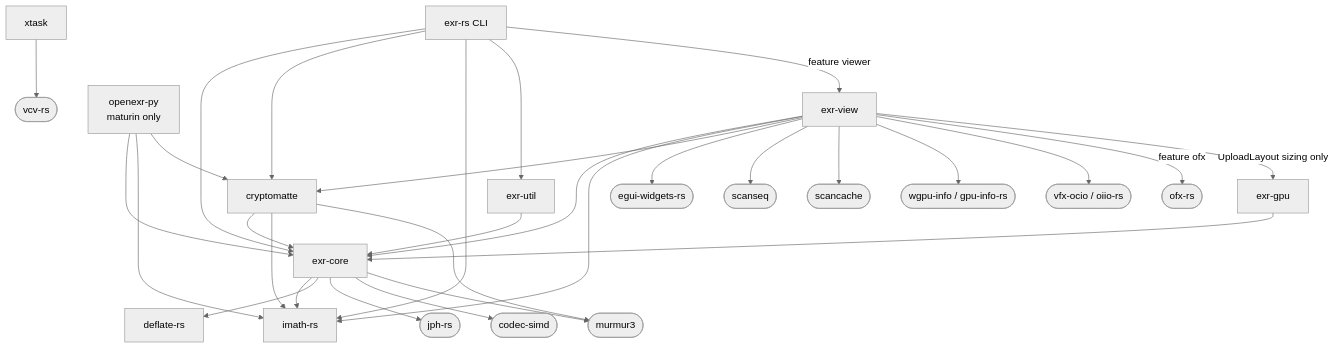
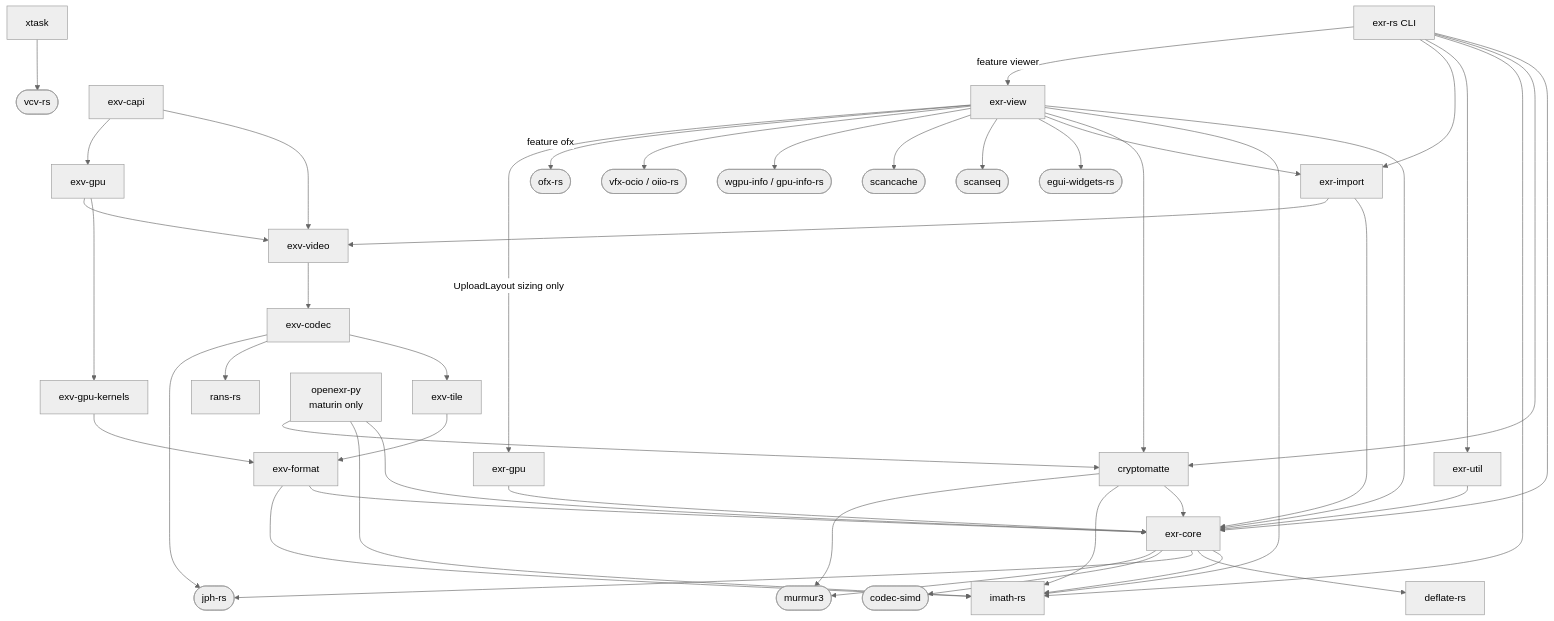
Before and after one commit to ssoj13/exr-rs: the first of 9 diagrams in docs/DIAGRAMS.md, drawn with Mermaid (neutral theme). The commit also changed 8 other files, not shown here.

Commit message:
docs: document EXV video format, hardware BC6H codec, After Effects plug-in & CLI in README and mdBook

````diff
--- a/docs/DIAGRAMS.md
+++ b/docs/DIAGRAMS.md
@@ -10,32 +10,48 @@
 ```mermaid
 flowchart TD
     CLI[exr-rs CLI] --> core[exr-core]
     CLI --> crypto[cryptomatte]
     CLI --> imath[imath-rs]
     CLI --> util[exr-util]
+    CLI --> imp[exr-import]
     CLI -->|feature viewer| view[exr-view]
     util --> core
+    imp --> core
+    imp --> exv_vid[exv-video]
+    exv_vid --> exv_cod[exv-codec]
+    exv_cod --> exv_tile[exv-tile]
+    exv_cod --> rans[rans-rs]
+    exv_cod --> jph([jph-rs])
+    exv_tile --> exv_fmt[exv-format]
+    exv_fmt --> core
+    exv_fmt --> imath
+    exv_gpu[exv-gpu] --> exv_kern[exv-gpu-kernels]
+    exv_gpu --> exv_vid
+    exv_kern --> exv_fmt
+    exv_capi[exv-capi] --> exv_vid
+    exv_capi --> exv_gpu
     py[openexr-py<br/>maturin only] --> core
     py --> imath
     py --> crypto
     crypto --> core
     crypto --> imath
     crypto --> murmur3([murmur3])
     view --> core
     view --> imath
     view --> crypto
+    view --> imp
     view --> widgets([egui-widgets-rs])
     view --> scanseq([scanseq])
     view --> scancache([scancache])
     view --> winfo([wgpu-info / gpu-info-rs])
     view --> ocio([vfx-ocio / oiio-rs])
     view -->|feature ofx| ofx([ofx-rs])
     view -->|UploadLayout sizing only| gpu
     gpu[exr-gpu] --> core
     core --> imath
     core --> deflate[deflate-rs]
-    core --> jph([jph-rs])
+    core --> jph
     core --> simd([codec-simd])
     core --> murmur3
     xtask[xtask] --> vcv([vcv-rs])
 ```
````
